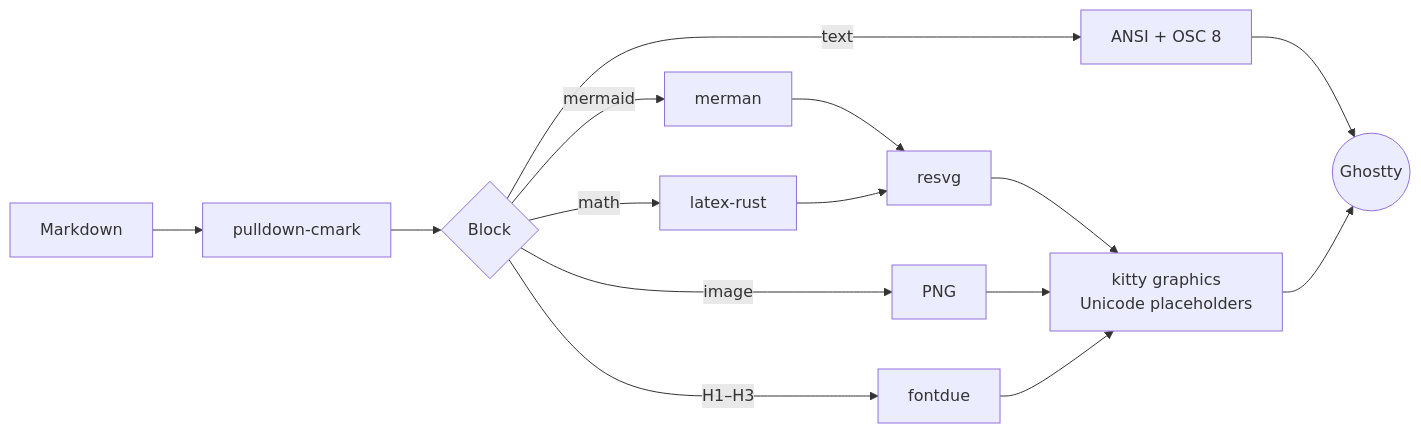
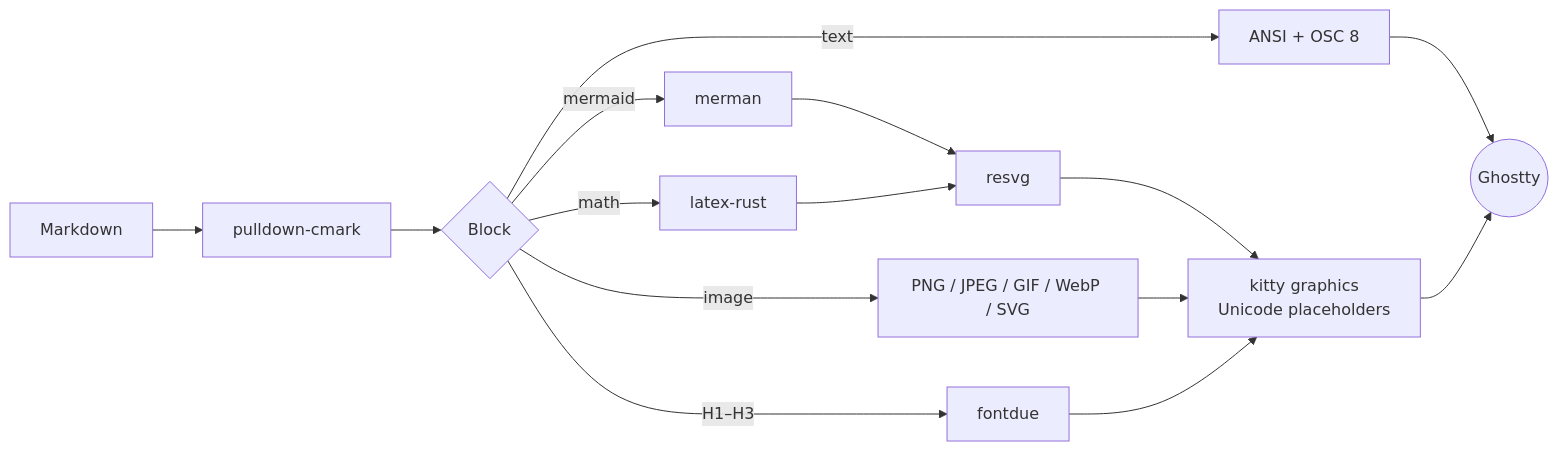
Before and after one commit to turchenkoalex/martty: the diagram in README.md, drawn with Mermaid. The commit also changed other lines of this file and 27 other files, not shown here.

````diff
--- a/README.md
+++ b/README.md
@@ -161,15 +176,15 @@
 ```mermaid
 flowchart LR
     MD[Markdown] --> P[pulldown-cmark]
     P --> R{Block}
     R -->|text| T[ANSI + OSC 8]
     R -->|mermaid| M[merman] --> S[resvg]
-    R -->|image| I[PNG]
+    R -->|image| I[PNG / JPEG / GIF / WebP / SVG]
     R -->|H1–H3| F[fontdue]
     R -->|math| X[latex-rust] --> S
     S --> K[kitty graphics<br/>Unicode placeholders]
     I --> K
     F --> K
     T --> G((Ghostty))
     K --> G
 ```
````
